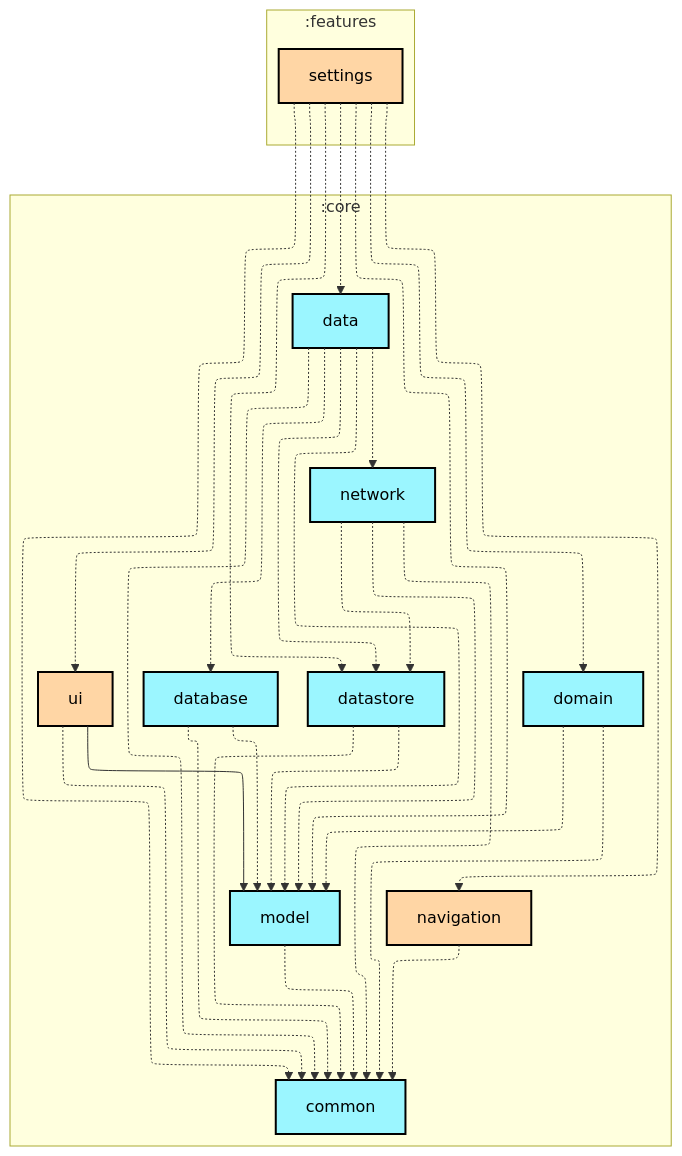
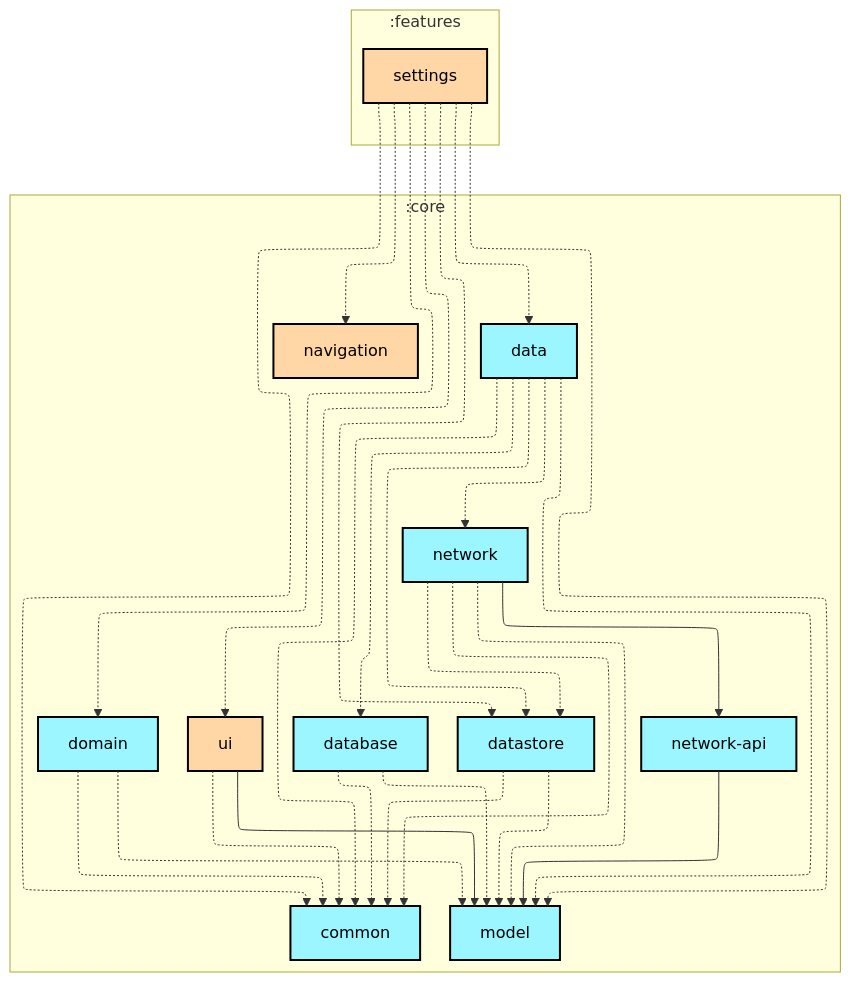
Before and after one commit to woods-marshes/chat-multiplatform: the first of 2 diagrams in features/settings/README.md, drawn with Mermaid. The commit also changed other lines of this file and 26 other files, not shown here.

First line of the commit message:
build: fix module graph plugin detection and refresh READMEs

````diff
--- a/features/settings/README.md
+++ b/features/settings/README.md
@@ -6,56 +6,59 @@
 ```mermaid
 ---
 config:
   layout: elk
   elk:
     nodePlacementStrategy: SIMPLE
 ---
 graph TB
   subgraph :features
     direction TB
     :features:settings[settings]:::compose-multiplatform
   end
   subgraph :core
     direction TB
     :core:common[common]:::kotlin-multiplatform
     :core:data[data]:::kotlin-multiplatform
     :core:database[database]:::kotlin-multiplatform
     :core:datastore[datastore]:::kotlin-multiplatform
     :core:domain[domain]:::kotlin-multiplatform
     :core:model[model]:::kotlin-multiplatform
     :core:navigation[navigation]:::compose-multiplatform
     :core:network[network]:::kotlin-multiplatform
+    :core:network-api[network-api]:::kotlin-multiplatform
     :core:ui[ui]:::compose-multiplatform
   end
 
   :core:data -.-> :core:common
   :core:data -.-> :core:database
   :core:data -.-> :core:datastore
   :core:data -.-> :core:model
   :core:data -.-> :core:network
   :core:database -.-> :core:common
   :core:database -.-> :core:model
   :core:datastore -.-> :core:common
   :core:datastore -.-> :core:model
   :core:domain -.-> :core:common
   :core:domain -.-> :core:model
-  :core:model -.-> :core:common
-  :core:navigation -.-> :core:common
   :core:network -.-> :core:common
   :core:network -.-> :core:datastore
   :core:network -.-> :core:model
+  :core:network --> :core:network-api
+  :core:network-api --> :core:model
   :core:ui -.-> :core:common
   :core:ui --> :core:model
   :features:settings -.-> :core:common
   :features:settings -.-> :core:data
   :features:settings -.-> :core:datastore
   :features:settings -.-> :core:domain
   :features:settings -.-> :core:model
   :features:settings -.-> :core:navigation
   :features:settings -.-> :core:ui
 
 classDef android-application fill:#CAFFBF,stroke:#000,stroke-width:2px,color:#000;
+classDef desktop-application fill:#BDB2FF,stroke:#000,stroke-width:2px,color:#000;
 classDef compose-multiplatform fill:#FFD6A5,stroke:#000,stroke-width:2px,color:#000;
+classDef ktor-server fill:#FDFFB6,stroke:#000,stroke-width:2px,color:#000;
 classDef kotlin-multiplatform fill:#9BF6FF,stroke:#000,stroke-width:2px,color:#000;
 classDef unknown fill:#FFADAD,stroke:#000,stroke-width:2px,color:#000;
 ```
````
